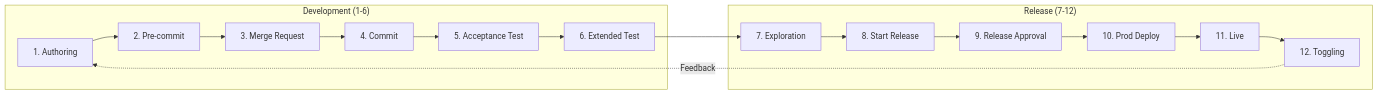
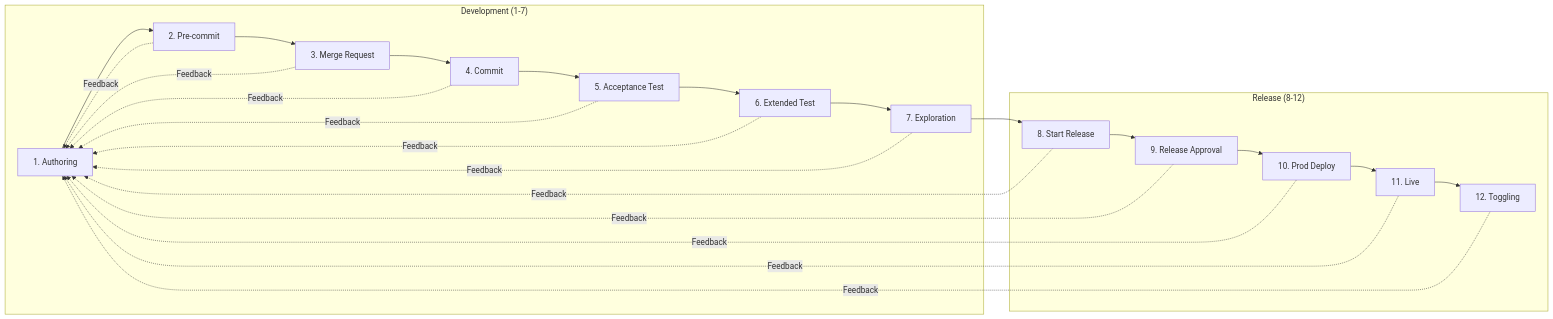
One commit to ready-to-release/eac changed the diagram in docs/explanation/continuous-delivery/cd-model/cd-model-overview.md. Above: the diagram before and after it, drawn with Mermaid. The commit also changed other lines of this file and 82 other files, not shown here.

````diff
--- a/docs/explanation/continuous-delivery/cd-model/cd-model-overview.md
+++ b/docs/explanation/continuous-delivery/cd-model/cd-model-overview.md
@@ -117,22 +121,32 @@
 ```mermaid
 flowchart LR
-    subgraph Development["Development (1-6)"]
+    subgraph Development["Development (1-7)"]
         S1[1. Authoring] --> S2[2. Pre-commit]
         S2 --> S3[3. Merge Request]
         S3 --> S4[4. Commit]
         S4 --> S5[5. Acceptance Test]
         S5 --> S6[6. Extended Test]
+        S6[6. Extended Test] --> S7[7. Exploration]
     end
 
-    subgraph Release["Release (7-12)"]
-        S7[7. Exploration] --> S8[8. Start Release]
-        S8 --> S9[9. Release Approval]
+    subgraph Release["Release (8-12)"]
+        S8[8. Start Release] --> S9[9. Release Approval]
         S9 --> S10[10. Prod Deploy]
         S10 --> S11[11. Live]
         S11 --> S12[12. Toggling]
     end
 
-    S6 --> S7
+    S7 --> S8
     S12 -.->|Feedback| S1
+    S11 -.->|Feedback| S1
+    S10 -.->|Feedback| S1
+    S9 -.->|Feedback| S1
+    S8 -.->|Feedback| S1
+    S7 -.->|Feedback| S1
+    S6 -.->|Feedback| S1
+    S5 -.->|Feedback| S1
+    S4 -.->|Feedback| S1
+    S3 -.->|Feedback| S1
+    S2 -.->|Feedback| S1
 
 ```
````
